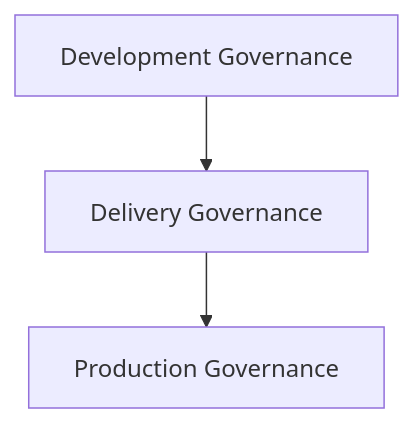
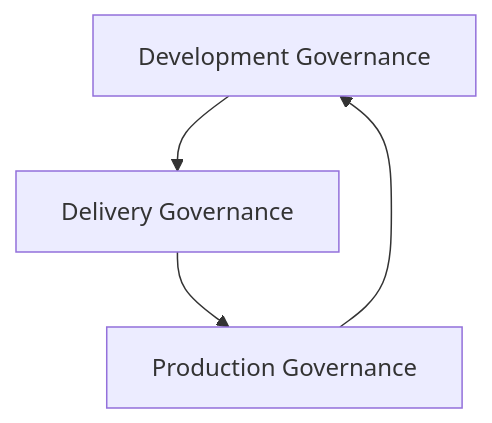
One commit to PawSQL/pawsql-docs-mantlify changed the diagram in docs/en/use-cases/enterprise-sql-governance.mdx. Above: the diagram before and after it, drawn with Mermaid. The commit also changed other lines of this file and 82 other files, not shown here.

````diff
--- a/docs/en/use-cases/enterprise-sql-governance.mdx
+++ b/docs/en/use-cases/enterprise-sql-governance.mdx
@@ -220,4 +46,4 @@
 ```mermaid
 flowchart TD
-    A["Development Governance"] --> B["Delivery Governance"] --> C["Production Governance"]
+    A[Development Governance] --> B[Delivery Governance] --> C[Production Governance] --> A
 ```
````
